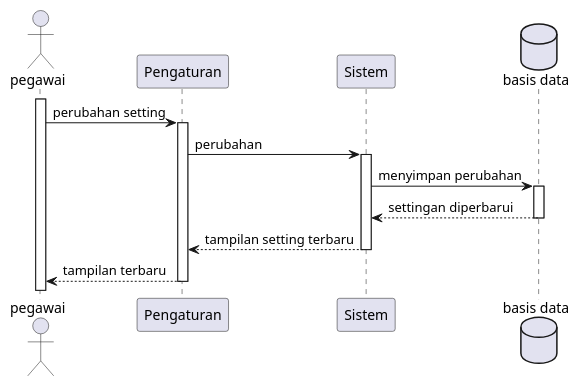
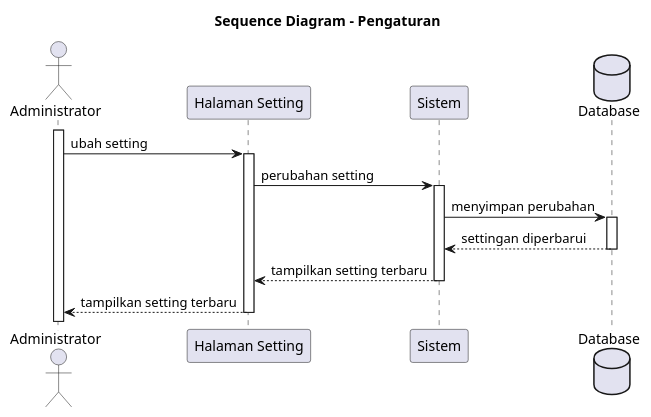
The diagram in docs/sequence/setting.plantuml (juntralala/e-atk), drawn with PlantUML before and after one commit. The commit also changed 207 other files, not shown here.

Commit message:
all features, sudah di acc dospem, halaman tampilan semua stakeholder belum

```diff
--- a/docs/sequence/setting.plantuml
+++ b/docs/sequence/setting.plantuml
@@ -1,17 +1,18 @@
-@startuml aasas
-actor pegawai as actor1
-participant Pengaturan as setting
+@startuml setting
+title Sequence Diagram - Pengaturan
+actor Administrator as actor1
+participant "Halaman Setting" as setting
 participant Sistem as sistem
-database "basis data" as db
+database "Database" as db
 
 activate actor1
-actor1 -> setting: perubahan setting
+actor1 -> setting: ubah setting
 activate setting
-setting -> sistem: perubahan
+setting -> sistem: perubahan setting
 activate sistem
 sistem -> db: menyimpan perubahan
 activate db
 return settingan diperbarui
-return tampilan setting terbaru
-return tampilan terbaru
+return tampilkan setting terbaru
+return tampilkan setting terbaru
 @enduml
```
